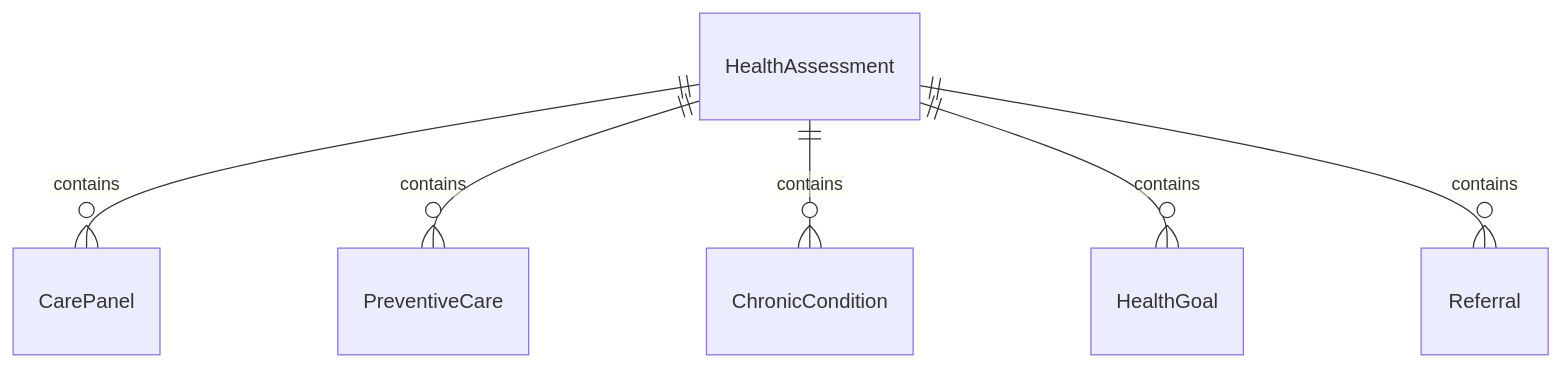
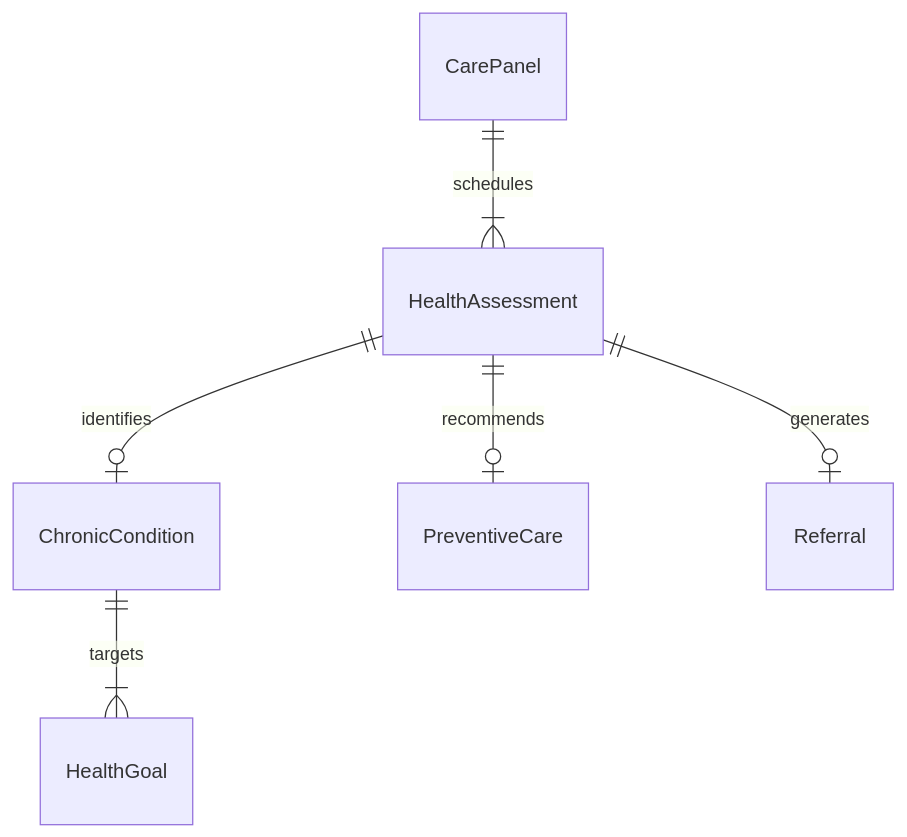
Before and after one commit to dot-org-ai/tasks.org.ai: the first of 4 diagrams in AssistingAndCaringForOthers/AdministerBasicHealthCareOrMedicalTreatments/ProvideBasicHealthCareServices.mdx, drawn with Mermaid. The commit also changed other lines of this file and 32 other files, not shown here.

First line of the commit message:
fix: Improve ER and State diagrams in 32 AssistingAndCaringForOthers DWA files

````diff
--- a/AssistingAndCaringForOthers/AdministerBasicHealthCareOrMedicalTreatments/ProvideBasicHealthCareServices.mdx
+++ b/AssistingAndCaringForOthers/AdministerBasicHealthCareOrMedicalTreatments/ProvideBasicHealthCareServices.mdx
@@ -88,8 +88,8 @@
 ```mermaid
 erDiagram
-    HealthAssessment ||--o{ CarePanel : contains
-    HealthAssessment ||--o{ PreventiveCare : contains
-    HealthAssessment ||--o{ ChronicCondition : contains
-    HealthAssessment ||--o{ HealthGoal : contains
-    HealthAssessment ||--o{ Referral : contains
+    CarePanel ||--|{ HealthAssessment : schedules
+    HealthAssessment ||--o| ChronicCondition : identifies
+    ChronicCondition ||--|{ HealthGoal : targets
+    HealthAssessment ||--o| PreventiveCare : recommends
+    HealthAssessment ||--o| Referral : generates
 ```
````
